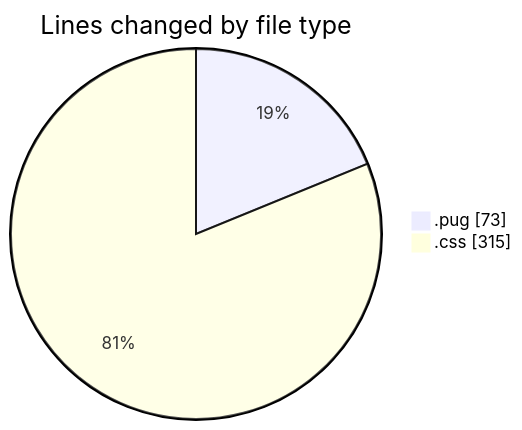
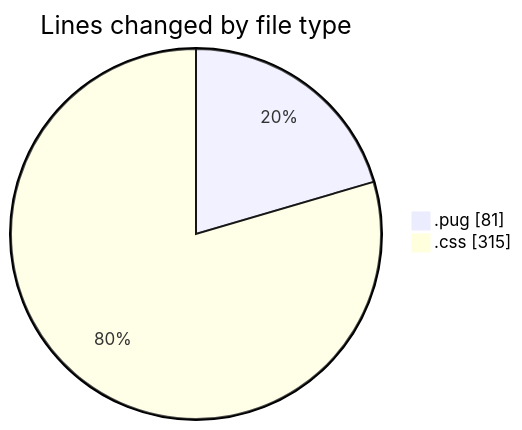
Before and after one commit to momahboobian/code-tracking: the first of 2 diagrams in 2025-11-05/cda/README.md, drawn with Mermaid. The commit also changed other lines of this file and 1 other file, not shown here.

````diff
--- a/2025-11-05/cda/README.md
+++ b/2025-11-05/cda/README.md
@@ -21,6 +21,6 @@
 ```mermaid
 pie showData
 title Lines changed by file type
-".pug" : 73
+".pug" : 81
 ".css" : 315
 ```
````
